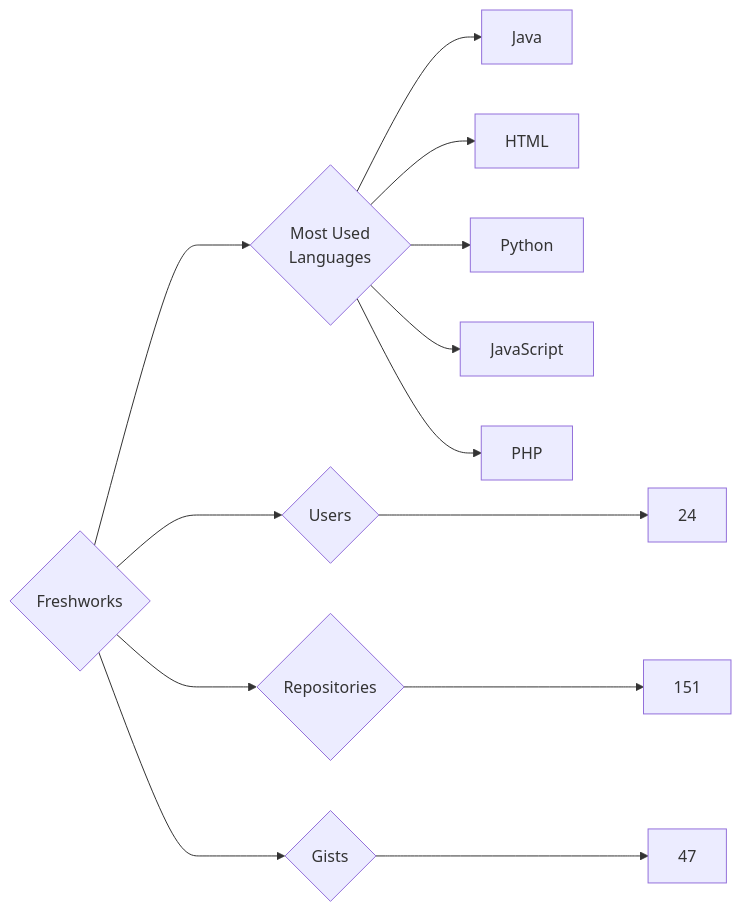
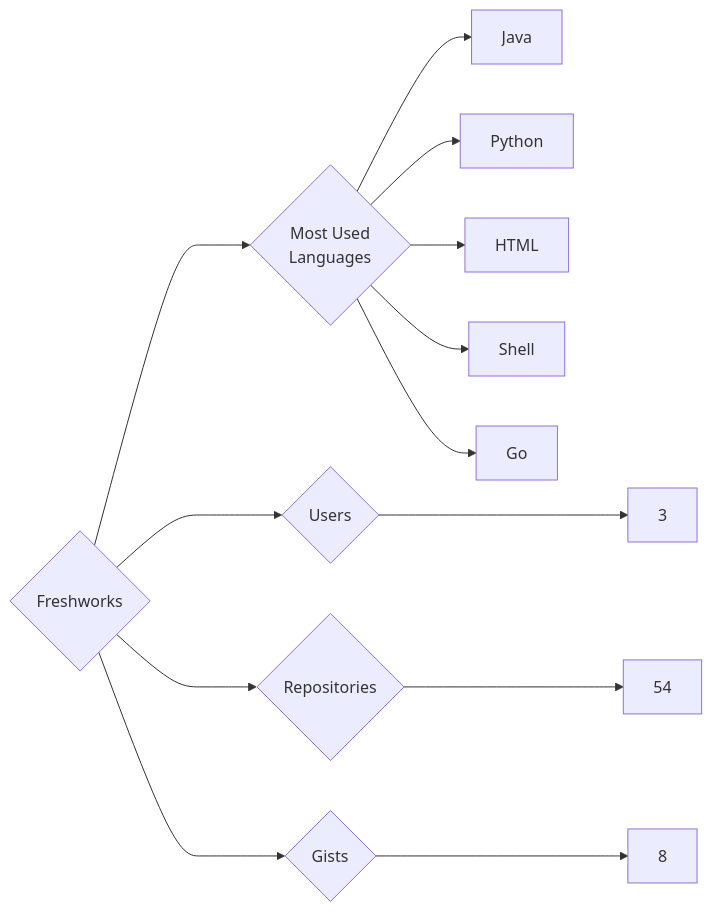
The diagram in targets/Freshworks/README.md (trickest/insiders), drawn with Mermaid before and after one commit. The commit also changed 748 other files, not shown here.

````diff
--- a/targets/Freshworks/README.md
+++ b/targets/Freshworks/README.md
@@ -3,13 +3,13 @@
 ```mermaid
 graph LR
 COMPANY_NAME{Freshworks}
-COMPANY_NAME ---> U{Users} ---> UN[24]
-COMPANY_NAME ---> R{Repositories} ---> RN[151]
-COMPANY_NAME ---> G{Gists} ---> GN[47]
+COMPANY_NAME ---> U{Users} ---> UN[3]
+COMPANY_NAME ---> R{Repositories} ---> RN[54]
+COMPANY_NAME ---> G{Gists} ---> GN[8]
 COMPANY_NAME ---> ML{Most Used<br>Languages}
 ML --> Java[Java]
+ML --> Python[Python]
 ML --> HTML[HTML]
-ML --> Python[Python]
-ML --> JavaScript[JavaScript]
-ML --> PHP[PHP]
+ML --> Shell[Shell]
+ML --> Go[Go]
 ```
````
